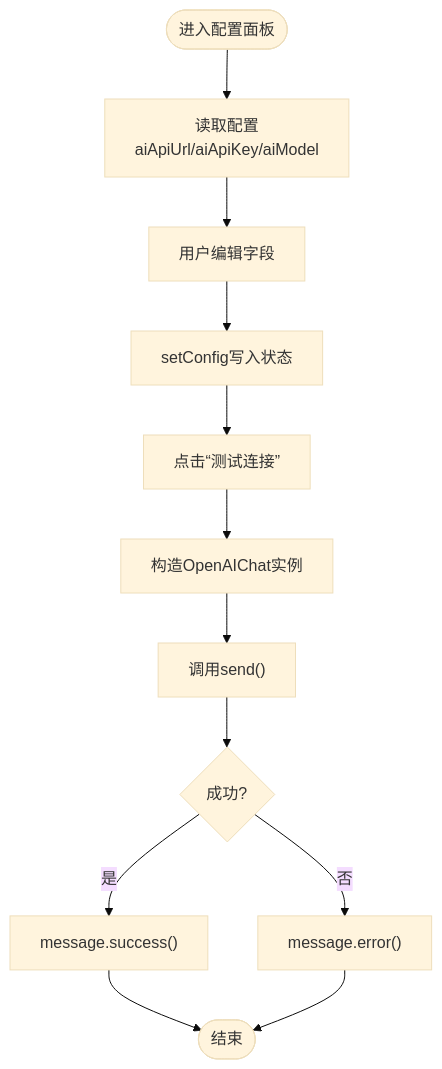
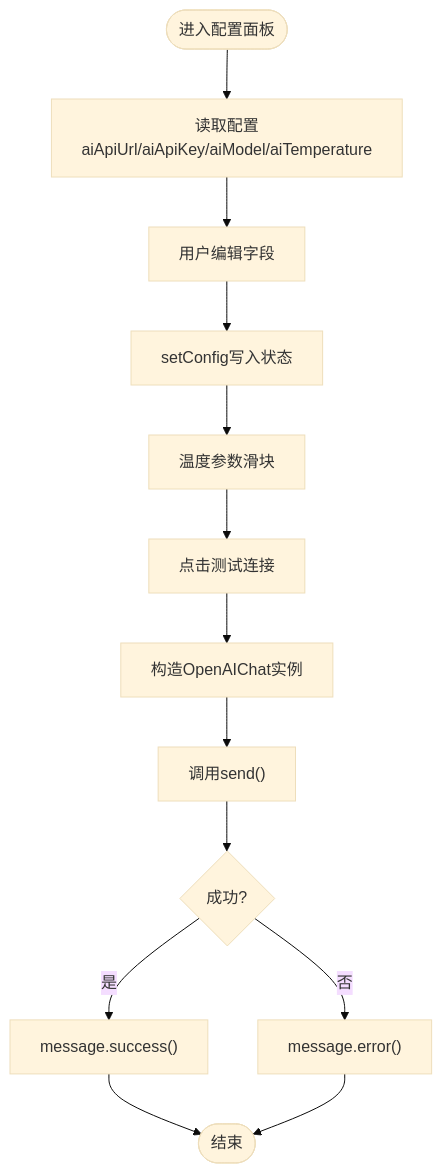
Before and after one commit to kqcoxn/MaaPipelineEditor: the third of 7 diagrams in .qoder/repowiki/zh/content/用户界面/面板系统/配置面板/AI配置区域.md, drawn with Mermaid (base theme). The commit also changed other lines of this file and 19 other files, not shown here.

````diff
--- a/.qoder/repowiki/zh/content/用户界面/面板系统/配置面板/AI配置区域.md
+++ b/.qoder/repowiki/zh/content/用户界面/面板系统/配置面板/AI配置区域.md
@@ -130,14 +163,15 @@
 ```mermaid
 flowchart TD
-Start(["进入配置面板"]) --> LoadCfg["读取配置<br/>aiApiUrl/aiApiKey/aiModel"]
+Start(["进入配置面板"]) --> LoadCfg["读取配置<br/>aiApiUrl/aiApiKey/aiModel/aiTemperature"]
 LoadCfg --> Edit["用户编辑字段"]
 Edit --> Save["setConfig写入状态"]
-Save --> Test["点击“测试连接”"]
+Save --> TempSlider["温度参数滑块"]
+TempSlider --> Test["点击"测试连接""]
 Test --> BuildChat["构造OpenAIChat实例"]
 BuildChat --> Send["调用send()"]
 Send --> Result{"成功?"}
 Result --> |是| ShowOK["message.success()"]
 Result --> |否| ShowErr["message.error()"]
 ShowOK --> End(["结束"])
 ShowErr --> End
 ```
````
